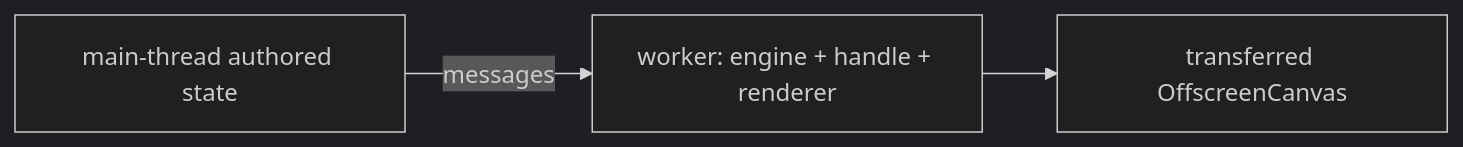
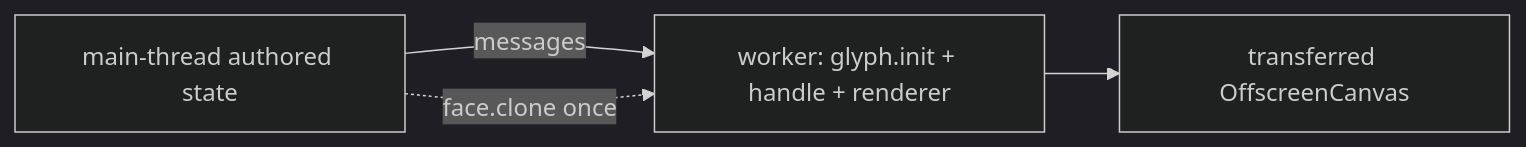
One commit to pmndrs/glyph changed the third of 3 diagrams in site/docs/advanced/topologies.mdx. Above: the diagram before and after it, drawn with Mermaid (dark theme). The commit also changed other lines of this file and 19 other files, not shown here.

````diff
--- a/site/docs/advanced/topologies.mdx
+++ b/site/docs/advanced/topologies.mdx
@@ -44,4 +53,5 @@
 ```mermaid
 flowchart LR
-  UI[main-thread authored state] -->|messages| W[worker: engine + handle + renderer] --> OC[transferred OffscreenCanvas]
+  UI[main-thread authored state] -->|messages| W[worker: glyph.init + handle + renderer] --> OC[transferred OffscreenCanvas]
+  UI -.->|face.clone once| W
 ```
````
